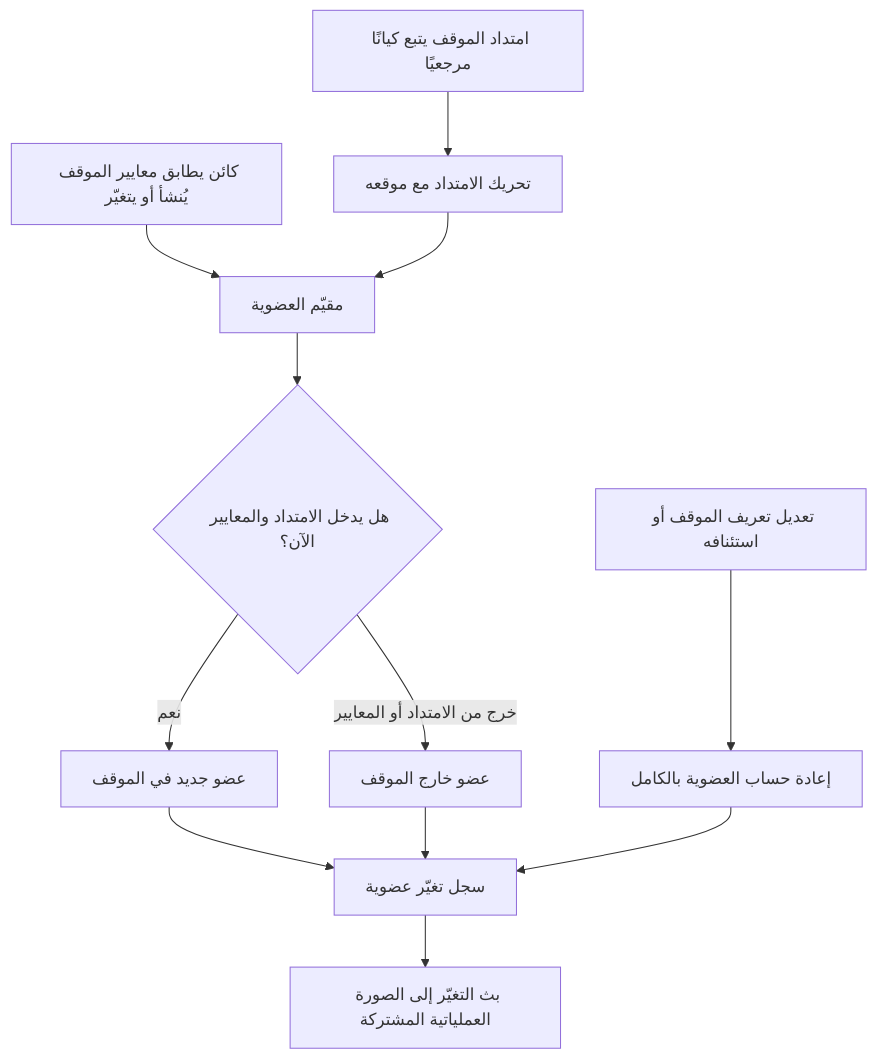
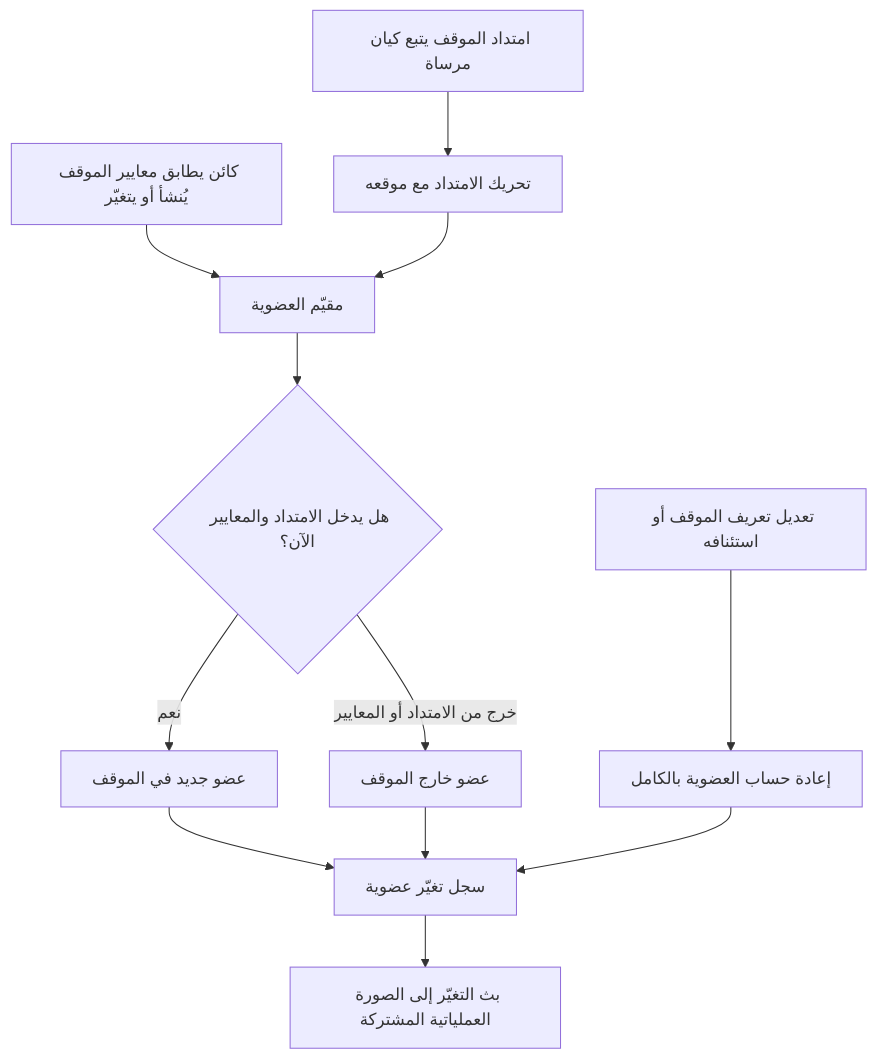
One commit to Ayoubkhattab/Planing changed the diagram in spec/18-analysis-design/05-user-stories/CAP-05-situation/FEAT-SIT-CHANGES.md. Above: the diagram before and after it, drawn with Mermaid. The commit also changed other lines of this file and 4 other files, not shown here.

````diff
--- a/spec/18-analysis-design/05-user-stories/CAP-05-situation/FEAT-SIT-CHANGES.md
+++ b/spec/18-analysis-design/05-user-stories/CAP-05-situation/FEAT-SIT-CHANGES.md
@@ -48,14 +48,14 @@
 ```mermaid
 flowchart TD
   A["كائن يطابق معايير الموقف يُنشأ أو يتغيّر"] --> B["مقيّم العضوية"]
   B --> C{"هل يدخل الامتداد والمعايير الآن؟"}
   C -->|"نعم"| D["عضو جديد في الموقف"]
   C -->|"خرج من الامتداد أو المعايير"| E["عضو خارج الموقف"]
   D --> F["سجل تغيّر عضوية"]
   E --> F
   F --> G["بث التغيّر إلى الصورة العملياتية المشتركة"]
   H["تعديل تعريف الموقف أو استئنافه"] --> I["إعادة حساب العضوية بالكامل"]
   I --> F
-  J["امتداد الموقف يتبع كيانًا مرجعيًا"] --> K["تحريك الامتداد مع موقعه"]
+  J["امتداد الموقف يتبع كيان مرساة"] --> K["تحريك الامتداد مع موقعه"]
   K --> B
 ```
````
